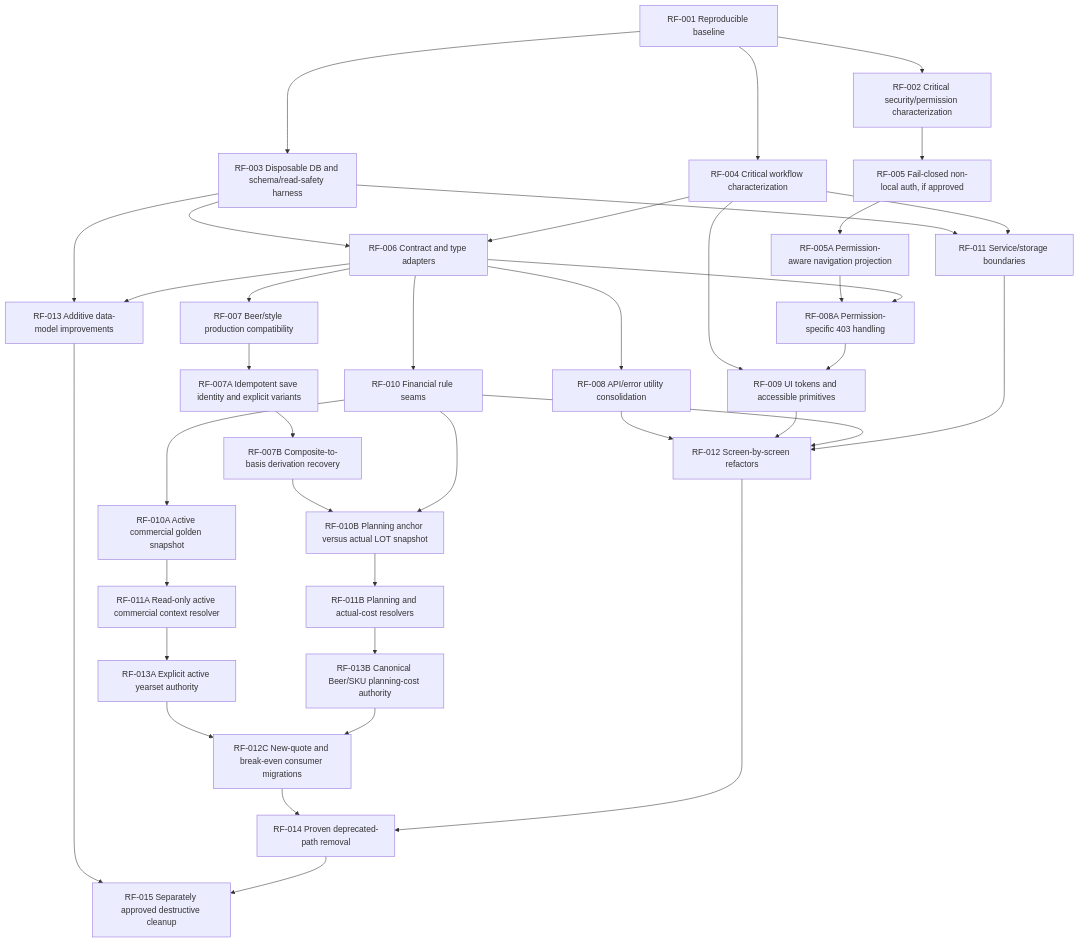
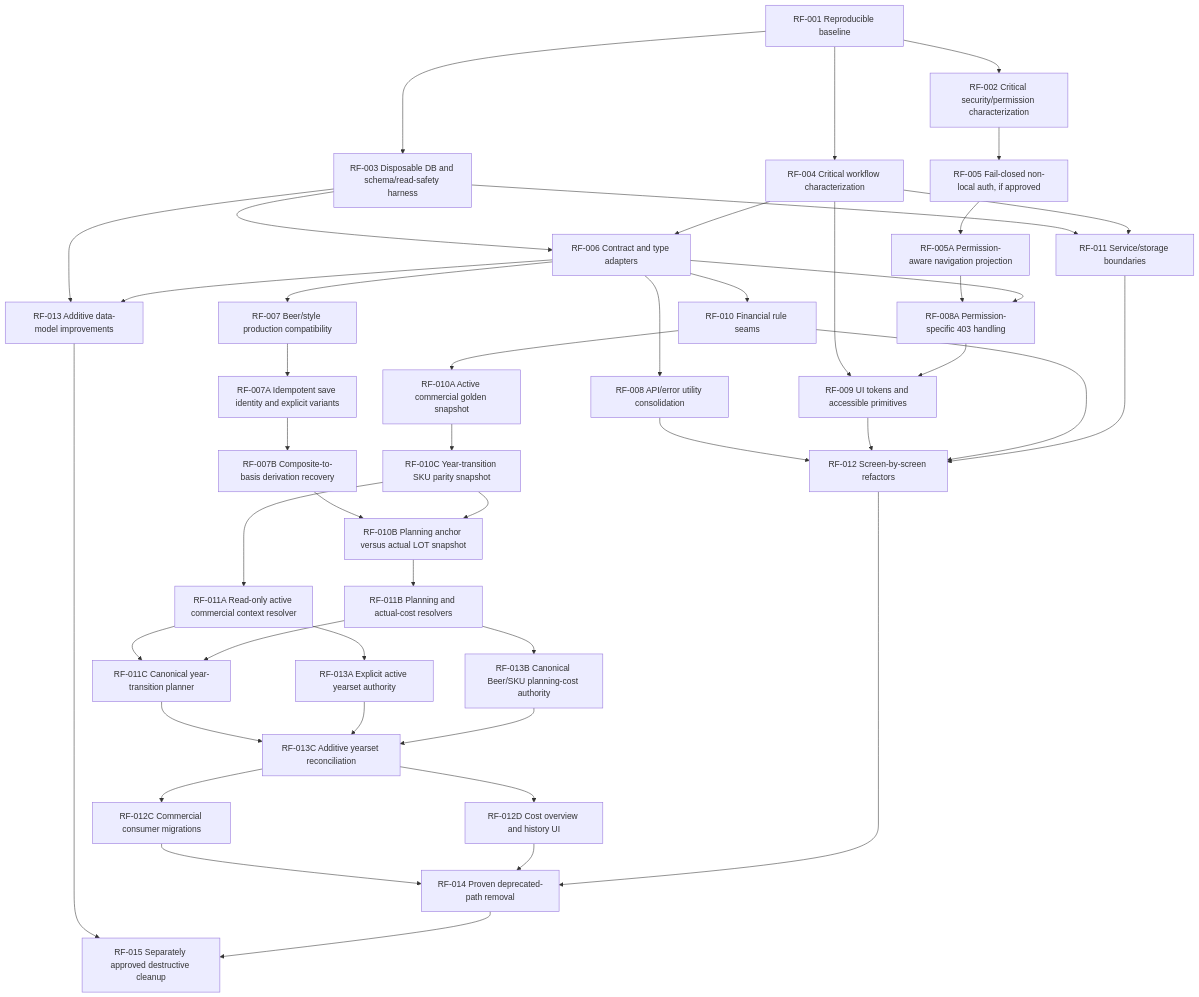
One commit to berlewaldebier-png/BerlewaldeCalculatietool changed the diagram in docs/refactor-analysis/09-refactoring-roadmap.md. Above: the diagram before and after it, drawn with Mermaid. The commit also changed other lines of this file and 10 other files, not shown here.

First line of the commit message:
RF-010A protect active commercial context (#41)

````diff
--- a/docs/refactor-analysis/09-refactoring-roadmap.md
+++ b/docs/refactor-analysis/09-refactoring-roadmap.md
@@ -46,40 +48,47 @@
 ```mermaid
 flowchart TD
     R1["RF-001 Reproducible baseline"] --> R2["RF-002 Critical security/permission characterization"]
     R1 --> R3["RF-003 Disposable DB and schema/read-safety harness"]
     R1 --> R4["RF-004 Critical workflow characterization"]
     R2 --> R5["RF-005 Fail-closed non-local auth, if approved"]
     R5 --> R5A["RF-005A Permission-aware navigation projection"]
     R3 --> R6["RF-006 Contract and type adapters"]
     R4 --> R6
     R6 --> R7["RF-007 Beer/style production compatibility"]
     R7 --> R7A["RF-007A Idempotent save identity and explicit variants"]
     R7A --> R7B["RF-007B Composite-to-basis derivation recovery"]
     R6 --> R8["RF-008 API/error utility consolidation"]
     R5A --> R8A["RF-008A Permission-specific 403 handling"]
     R6 --> R8A
     R4 --> R9["RF-009 UI tokens and accessible primitives"]
     R8A --> R9
     R6 --> R10["RF-010 Financial rule seams"]
     R10 --> R10A["RF-010A Active commercial golden snapshot"]
+    R10A --> R10C["RF-010C Year-transition SKU parity snapshot"]
     R7B --> R10B["RF-010B Planning anchor versus actual LOT snapshot"]
-    R10 --> R10B
+    R10C --> R10B
     R3 --> R11["RF-011 Service/storage boundaries"]
     R4 --> R11
-    R10A --> R11A["RF-011A Read-only active commercial context resolver"]
+    R10C --> R11A["RF-011A Read-only active commercial context resolver"]
     R10B --> R11B["RF-011B Planning and actual-cost resolvers"]
+    R11A --> R11C["RF-011C Canonical year-transition planner"]
+    R11B --> R11C
     R8 --> R12["RF-012 Screen-by-screen refactors"]
     R9 --> R12
     R10 --> R12
     R11 --> R12
     R3 --> R13["RF-013 Additive data-model improvements"]
     R6 --> R13
     R11A --> R13A["RF-013A Explicit active yearset authority"]
     R11B --> R13B["RF-013B Canonical Beer/SKU planning-cost authority"]
-    R13A --> R12C["RF-012C New-quote and break-even consumer migrations"]
-    R13B --> R12C
+    R11C --> R13C["RF-013C Additive yearset reconciliation"]
+    R13A --> R13C
+    R13B --> R13C
+    R13C --> R12C["RF-012C Commercial consumer migrations"]
+    R13C --> R12D["RF-012D Cost overview and history UI"]
     R12C --> R14
+    R12D --> R14
     R12 --> R14["RF-014 Proven deprecated-path removal"]
     R13 --> R15["RF-015 Separately approved destructive cleanup"]
     R14 --> R15
 ```
````
